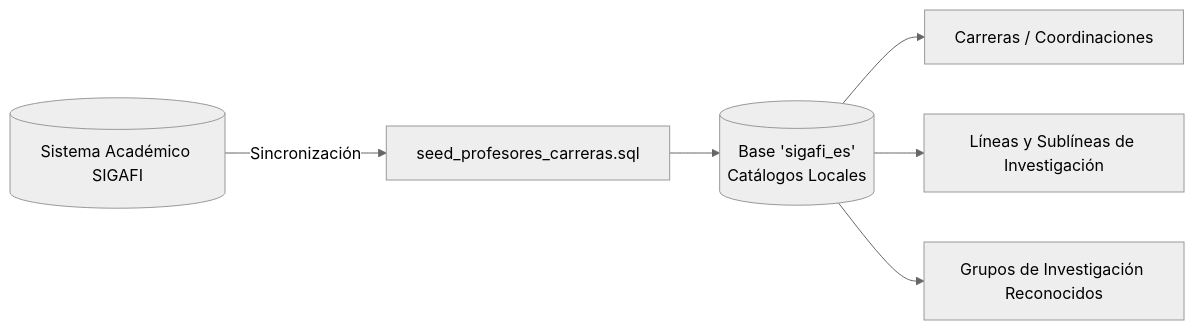
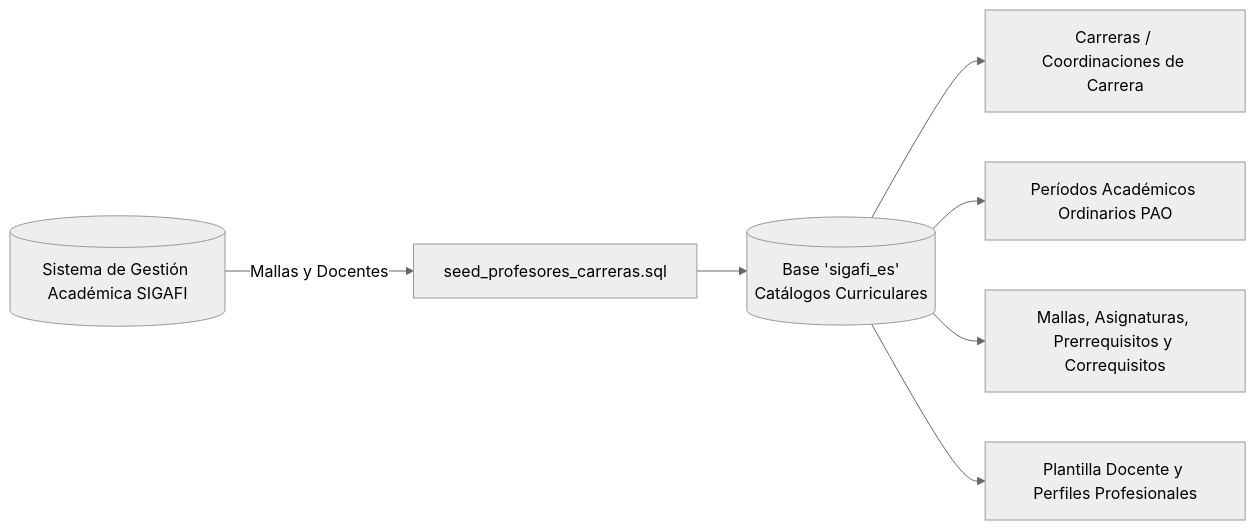
The second of 2 diagrams in docs/documentacion/04-base-de-datos/02-catalogos-normativa-ecuador.md (JorgeDoicela/dosier), drawn with Mermaid (neutral theme) before and after one commit. The commit also changed other lines of this file and 29 other files, not shown here.

````diff
--- a/docs/documentacion/04-base-de-datos/02-catalogos-normativa-ecuador.md
+++ b/docs/documentacion/04-base-de-datos/02-catalogos-normativa-ecuador.md
@@ -30,9 +31,10 @@
 ```mermaid
 graph LR
-    SIGAFI[("Sistema Académico SIGAFI")] -->|Sincronización| SeedScript[seed_profesores_carreras.sql]
-    SeedScript --> LocalDB[("Base 'sigafi_es'\nCatálogos Locales")]
+    SIGAFI[("Sistema de Gestión Académica SIGAFI")] -->|Mallas y Docentes| SeedScript[seed_profesores_carreras.sql]
+    SeedScript --> LocalDB[("Base 'sigafi_es'\nCatálogos Curriculares")]
 
-    LocalDB --> Careers[Carreras / Coordinaciones]
-    LocalDB --> ResearchLines[Líneas y Sublíneas de Investigación]
-    LocalDB --> GroupCatalogs[Grupos de Investigación Reconocidos]
+    LocalDB --> Careers[Carreras / Coordinaciones de Carrera]
+    LocalDB --> Periods[Períodos Académicos Ordinarios PAO]
+    LocalDB --> Subjects[Mallas, Asignaturas, Prerrequisitos y Correquisitos]
+    LocalDB --> Teachers[Plantilla Docente y Perfiles Profesionales]
 ```
````
